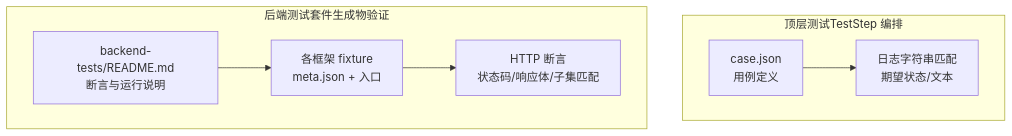
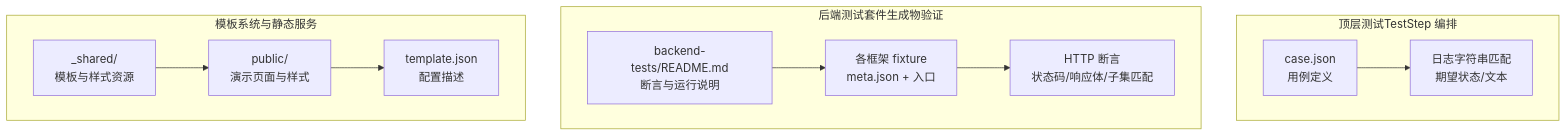
Before and after one commit to esa-sp/test-for-aone-ci: the second of 9 diagrams in .qoder/repowiki/zh/content/后端框架测试/后端框架测试.md, drawn with Mermaid. The commit also changed other lines of this file and 58 other files, not shown here.

````diff
--- a/.qoder/repowiki/zh/content/后端框架测试/后端框架测试.md
+++ b/.qoder/repowiki/zh/content/后端框架测试/后端框架测试.md
@@ -77,14 +113,20 @@
 ```mermaid
 graph TB
 subgraph "顶层测试TestStep 编排"
 T1["case.json<br/>用例定义"]
 T2["日志字符串匹配<br/>期望状态/文本"]
 end
 subgraph "后端测试套件生成物验证"
 B1["backend-tests/README.md<br/>断言与运行说明"]
 B2["各框架 fixture<br/>meta.json + 入口"]
 B3["HTTP 断言<br/>状态码/响应体/子集匹配"]
 end
+subgraph "模板系统与静态服务"
+S1["_shared/<br/>模板与样式资源"]
+S2["public/<br/>演示页面与样式"]
+S3["template.json<br/>配置描述"]
+end
 T1 --> T2
 B1 --> B2 --> B3
+S1 --> S2 --> S3
 ```
````
